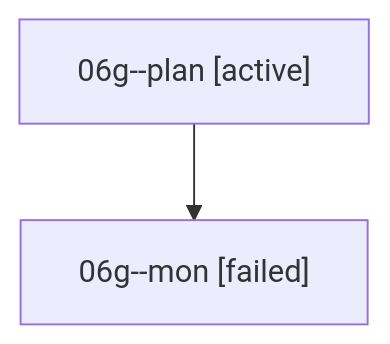
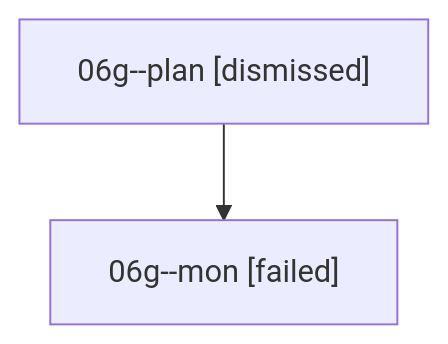
One commit to sase-org/sase--agents changed the diagram in sessions/bbugyi200.athena.06g.md. Above: the diagram before and after it, drawn with Mermaid. The commit also changed other lines of this file and 38 other files, not shown here.

````diff
--- a/sessions/bbugyi200.athena.06g.md
+++ b/sessions/bbugyi200.athena.06g.md
@@ -9,6 +9,6 @@
 ```mermaid
 flowchart TD
-  n0["06g--plan [active]"]
+  n0["06g--plan [dismissed]"]
   n1["06g--mon [failed]"]
   n0 --> n1
 ```
````
